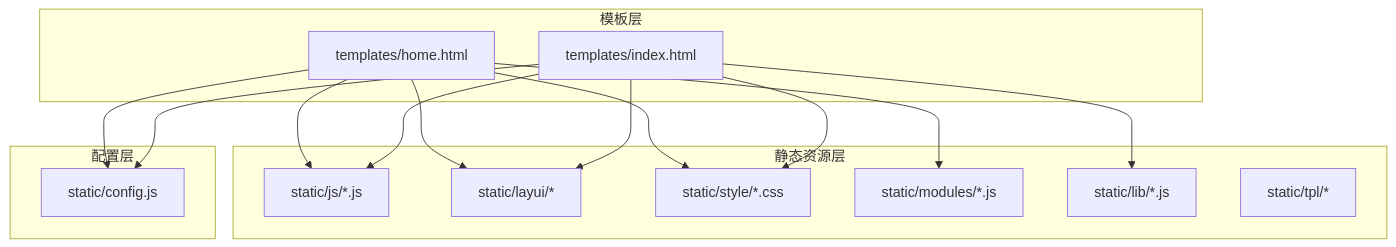
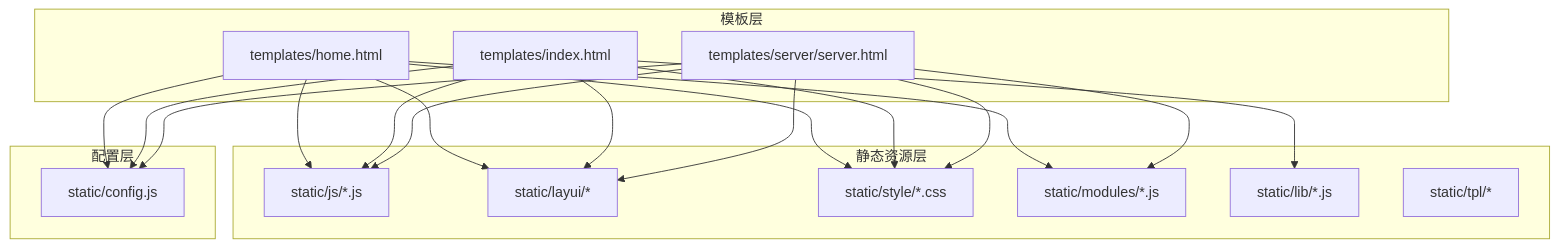
Before and after one commit to 709343767/phoenix: the first of 8 diagrams in .qoder/repowiki/zh/content/监控UI端模块/模板页面与前端资源.md, drawn with Mermaid. The commit also changed other lines of this file and 7 other files, not shown here.

````diff
--- a/.qoder/repowiki/zh/content/监控UI端模块/模板页面与前端资源.md
+++ b/.qoder/repowiki/zh/content/监控UI端模块/模板页面与前端资源.md
@@ -37,28 +38,34 @@
 ```mermaid
 graph TB
 subgraph "模板层"
 T_home["templates/home.html"]
 T_index["templates/index.html"]
+T_server["templates/server/server.html"]
 end
 subgraph "静态资源层"
 S_js["static/js/*.js"]
 S_layui["static/layui/*"]
 S_style["static/style/*.css"]
 S_modules["static/modules/*.js"]
 S_lib["static/lib/*.js"]
 S_tpl["static/tpl/*"]
 end
 subgraph "配置层"
 C_cfg["static/config.js"]
 end
 T_home --> S_js
 T_home --> S_style
 T_home --> S_layui
 T_home --> S_modules
 T_index --> S_js
 T_index --> S_style
 T_index --> S_layui
 T_index --> S_lib
+T_server --> S_js
+T_server --> S_style
+T_server --> S_layui
+T_server --> S_modules
 T_home --> C_cfg
 T_index --> C_cfg
+T_server --> C_cfg
 ```
````
